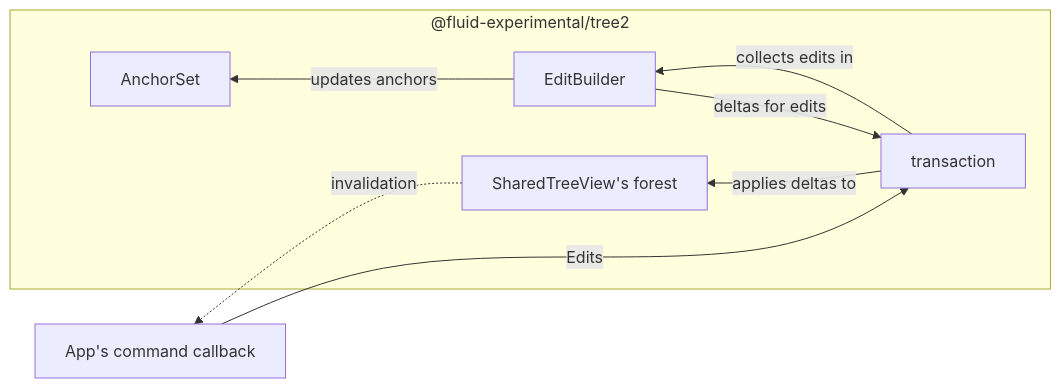
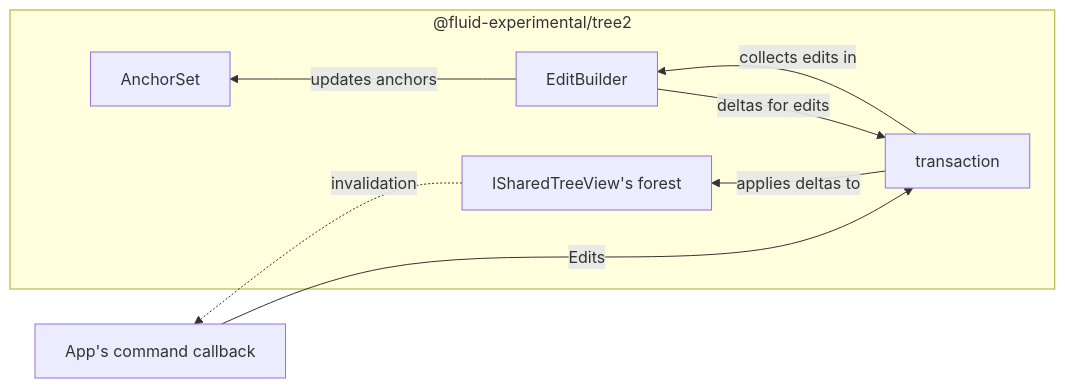
Before and after one commit to microsoft/FluidFramework: the third of 6 diagrams in experimental/dds/tree2/README.md, drawn with Mermaid. The commit also changed other lines of this file and 1 other file, not shown here.

````diff
--- a/experimental/dds/tree2/README.md
+++ b/experimental/dds/tree2/README.md
@@ -202,12 +202,12 @@
 ```mermaid
 flowchart RL
     subgraph "@fluid-experimental/tree2"
         transaction--"collects edits in"-->EditBuilder
         EditBuilder--"updates anchors"-->AnchorSet
         EditBuilder--"deltas for edits"-->transaction
-        transaction--"applies deltas to"-->forest["SharedTreeView's forest"]
+        transaction--"applies deltas to"-->forest["ISharedTreeView's forest"]
     end
     command["App's command callback"]
     command--"Edits"-->transaction
     forest-."invalidation".->command
 ```
````
